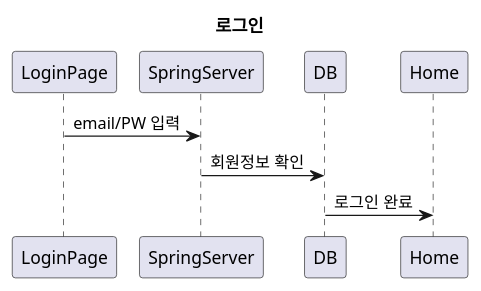
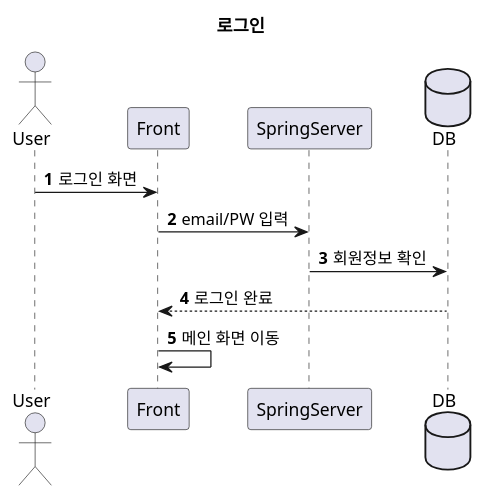
Before and after one commit to worldforest/MIT-myitteam: the first of 9 diagrams in frontend/src/views/MIT(SSD).wsd, drawn with PlantUML. The commit also changed other lines of this file, not shown here.

```diff
--- a/frontend/src/views/MIT(SSD).wsd
+++ b/frontend/src/views/MIT(SSD).wsd
@@ -1,6 +1,11 @@
 @startuml
 title 로그인
-LoginPage->SpringServer:email/PW 입력
+autonumber
+actor User
+User->Front:로그인 화면
+Front->SpringServer:email/PW 입력
+database DB
 SpringServer->DB:회원정보 확인
-DB->Home:로그인 완료
+DB-->Front:로그인 완료
+Front->Front:메인 화면 이동
 @enduml
```
